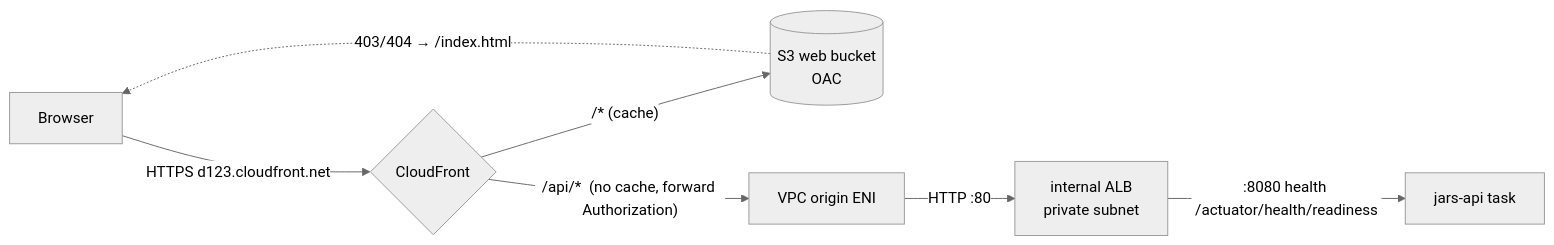
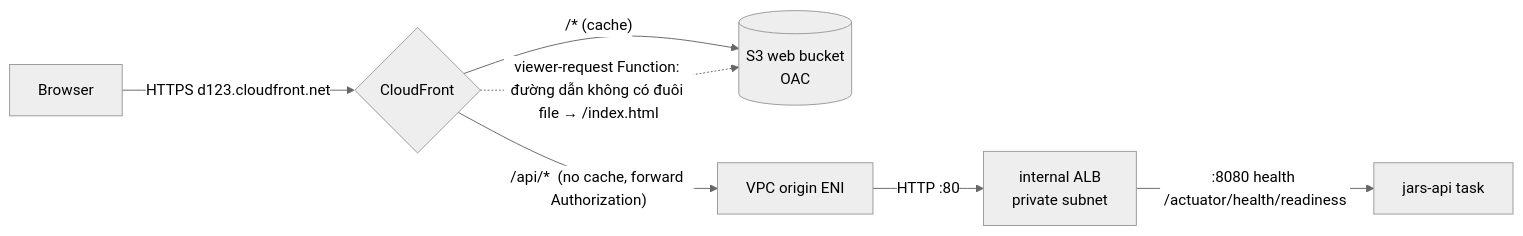
The ninth of 10 diagrams in docs/02-architecture/flows.md (thphuc06/jar-platform), drawn with Mermaid (neutral theme) before and after one commit. The commit also changed other lines of this file and 25 other files, not shown here.

Commit message:
docs: correct architecture, security, data-model and operations docs against the code

````diff
--- a/docs/02-architecture/flows.md
+++ b/docs/02-architecture/flows.md
@@ -317,9 +350,9 @@
 ```mermaid
 flowchart LR
     B[Browser] -->|HTTPS d123.cloudfront.net| CF{CloudFront}
     CF -->|"/*  (cache)"| S3[(S3 web bucket<br/>OAC)]
     CF -->|"/api/*  (no cache, forward Authorization)"| VO[VPC origin ENI]
     VO -->|HTTP :80| ALB[internal ALB<br/>private subnet]
     ALB -->|:8080 health /actuator/health/readiness| T1[jars-api task]
-    S3 -.->|403/404 → /index.html| B
+    CF -. "viewer-request Function: đường dẫn không có đuôi file → /index.html" .-> S3
 ```
````
